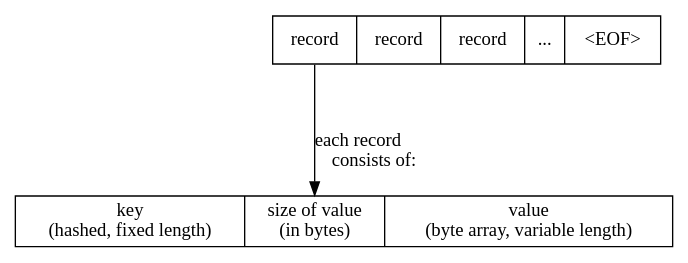
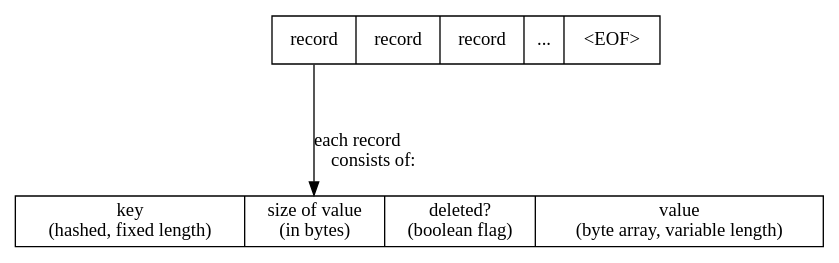
One commit to dpapathanasiou/coat-check changed the diagram in doc/data.gv. Above: the diagram before and after it, drawn with Graphviz. The commit also changed 1 other file, not shown here.

Commit message:
Added a fourth field in the record, to indicate if it should be considered deleted or not

```diff
--- a/doc/data.gv
+++ b/doc/data.gv
@@ -1,8 +1,8 @@
 // inspired by: https://graphviz.org/doc/info/shapes.html#record
 
 digraph data {
     node [shape=record];
     records [label="<f0>record|<f1>record|<f2>record|<f3> ... |<f4>\<EOF\>"];
-    struct [label="<f0>key\n(hashed, fixed length)|<f1>size of value\n(in bytes)|<f2>value\n(byte array, variable length)"];
+    struct [label="<f0>key\n(hashed, fixed length)|<f1>size of value\n(in bytes)|<f2>deleted?\n(boolean flag)|<f3>value\n(byte array, variable length)"];
     records:f0 -> struct:f1 [label="\n\l each record\lconsists of:"];
 }
```
